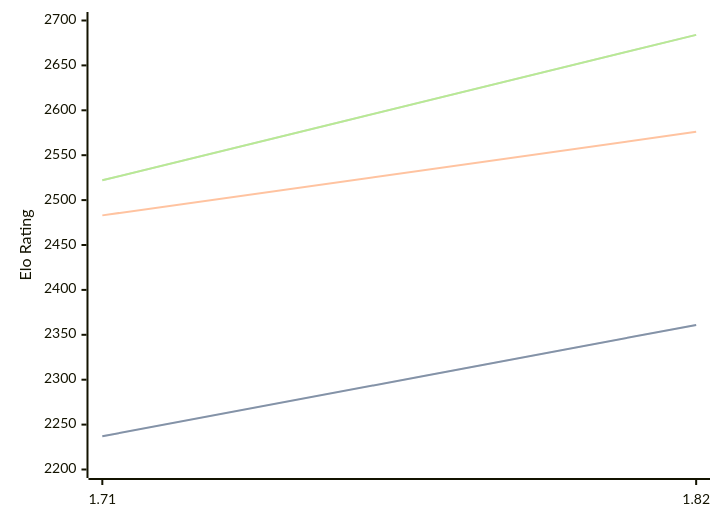
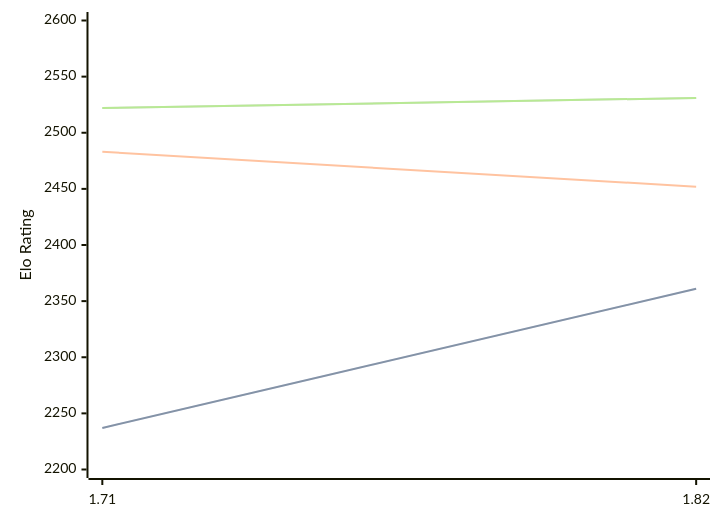
One commit to computer-chess-index/cci changed the diagram in engines/Amira.md. Above: the diagram before and after it, drawn with Mermaid. The commit also changed other lines of this file, not shown here.

Commit message:
Update CCI Ratings (ELO VLTC) - 2026-02-23

````diff
--- a/engines/Amira.md
+++ b/engines/Amira.md
@@ -32,11 +32,11 @@
 ```mermaid
 %%{init: {"theme":"base","themeVariables":{"seriesColors:['#a3a3a3','#222221','#faa371']}}}%%
 xychart-beta
   x-axis ["1.71", "1.82"]
-  y-axis "Elo Rating" 2200 --> 2700
+  y-axis "Elo Rating" 2200 --> 2600
   line "STC (8.0+0.08s)" [2237, 2361]
   line "STC (8.0+0.08s)" [2237, 2361]
-  line "LTC (60.0+0.60s)" [2483, 2576]
-  line "VLTC (2m24s+1.12s)" [2522, 2684]
-  line "VLTC (2m24s+1.12s)" [2522, 2684]
+  line "LTC (60.0+0.60s)" [2483, 2452]
+  line "VLTC (2m24s+1.12s)" [2522, 2531]
+  line "VLTC (2m24s+1.12s)" [2522, 2531]
 ```
````
